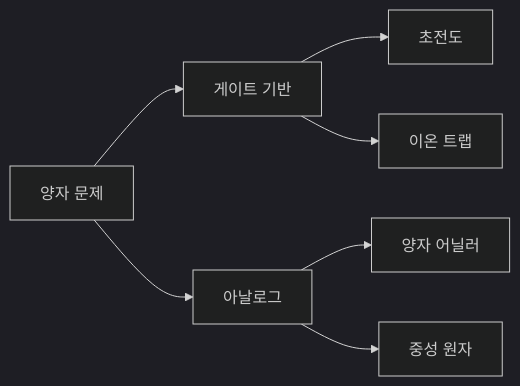
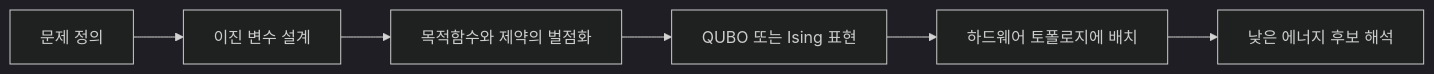
One commit to umyunsang/edu changed the diagram in ComputerScience/03_ai-ml-data/quantum-lecture/notes/05. 양자컴퓨팅 하드웨어에 대한 이해.md. Above: the diagram before and after it, drawn with Mermaid (dark theme). The commit also changed other lines of this file, not shown here.

````diff
--- a/ComputerScience/03_ai-ml-data/quantum-lecture/notes/05. 양자컴퓨팅 하드웨어에 대한 이해.md
+++ b/ComputerScience/03_ai-ml-data/quantum-lecture/notes/05. 양자컴퓨팅 하드웨어에 대한 이해.md
@@ -29,9 +125,8 @@
 ```mermaid
 flowchart LR
-    A["양자 문제"] --> B["게이트 기반"]
-    A --> C["아날로그"]
-    B --> D["초전도"]
-    B --> E["이온 트랩"]
-    C --> F["양자 어닐러"]
-    C --> G["중성 원자"]
+    A["문제 정의"] --> B["이진 변수 설계"]
+    B --> C["목적함수와 제약의 벌점화"]
+    C --> D["QUBO 또는 Ising 표현"]
+    D --> E["하드웨어 토폴로지에 배치"]
+    E --> F["낮은 에너지 후보 해석"]
 ```
````
